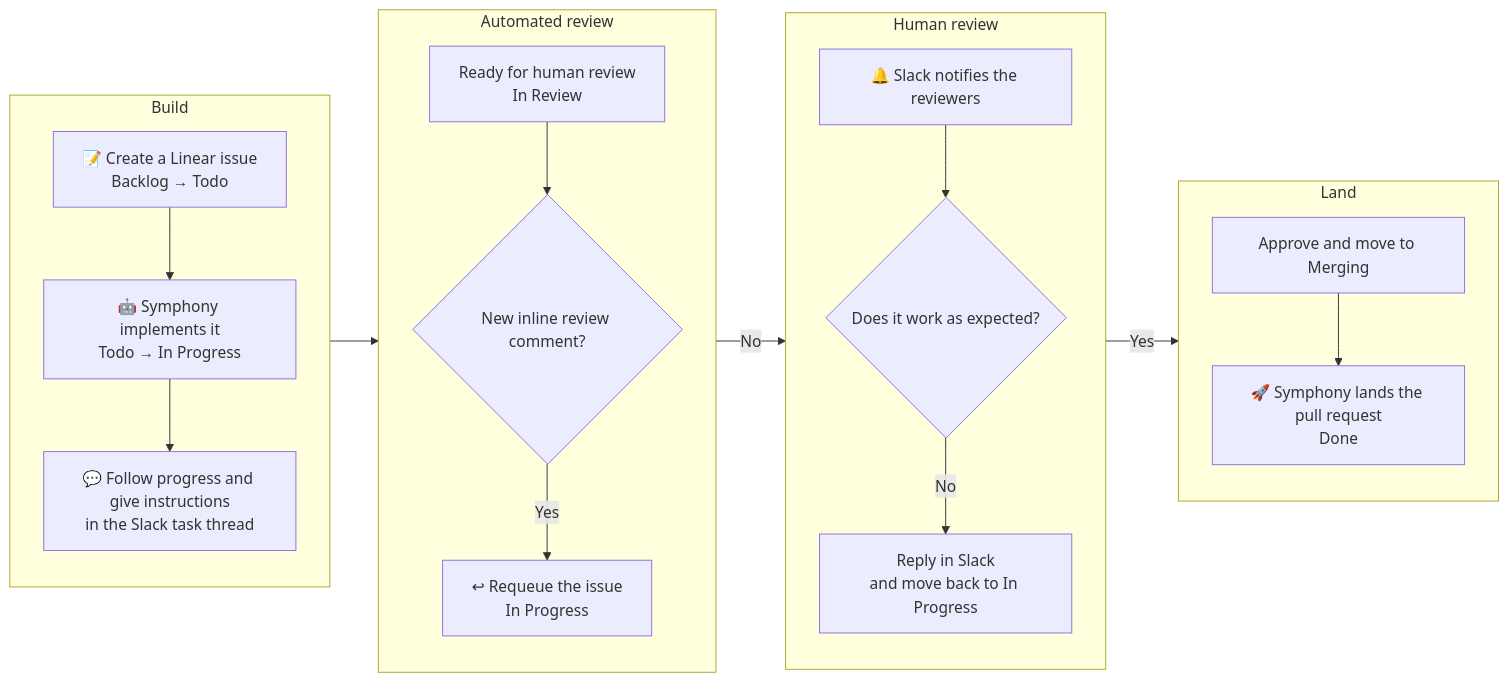
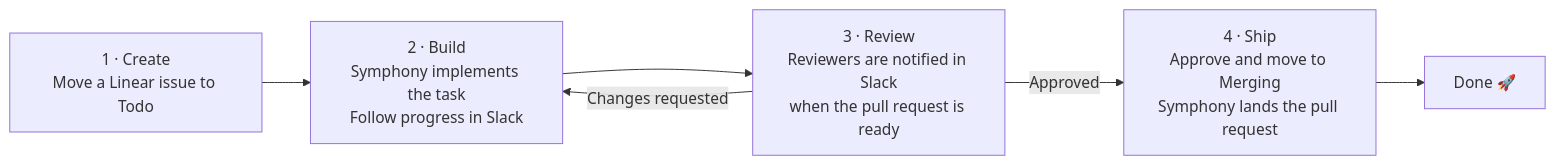
The diagram in README.md (hiroppy/orchestrators), drawn with Mermaid before and after one commit. The commit also changed other lines of this file and 4 other files, not shown here.

````diff
--- a/README.md
+++ b/README.md
@@ -32,39 +32,12 @@
 ```mermaid
 flowchart LR
-  subgraph build["Build"]
-    direction TB
-    create["📝 Create a Linear issue<br/>Backlog → Todo"]
-    implement["🤖 Symphony implements it<br/>Todo → In Progress"]
-    slack["💬 Follow progress and give instructions<br/>in the Slack task thread"]
-    create --> implement --> slack
-  end
+  create["1 · Create<br/>Move a Linear issue to Todo"]
+  build["2 · Build<br/>Symphony implements the task<br/>Follow progress in Slack"]
+  review["3 · Review<br/>Reviewers are notified in Slack<br/>when the pull request is ready"]
+  ship["4 · Ship<br/>Approve and move to Merging<br/>Symphony lands the pull request"]
+  done["Done 🚀"]
 
-  subgraph reviewCycle["Automated review"]
-    direction TB
-    review["Ready for human review<br/>In Review"]
-    automated{"New inline review comment?"}
-    requeue["↩ Requeue the issue<br/>In Progress"]
-    review --> automated
-    automated -- Yes --> requeue
-  end
-
-  subgraph verifyCycle["Human review"]
-    direction TB
-    notify["🔔 Slack notifies the reviewers"]
-    verify{"Does it work as expected?"}
-    feedback["Reply in Slack<br/>and move back to In Progress"]
-    notify --> verify
-    verify -- No --> feedback
-  end
-
-  subgraph land["Land"]
-    direction TB
-    merging["Approve and move to Merging"]
-    done["🚀 Symphony lands the pull request<br/>Done"]
-    merging --> done
-  end
-
-  slack --> review
-  automated -- No --> notify
-  verify -- Yes --> merging
+  create --> build --> review
+  review -- "Changes requested" --> build
+  review -- Approved --> ship --> done
 ```
````
